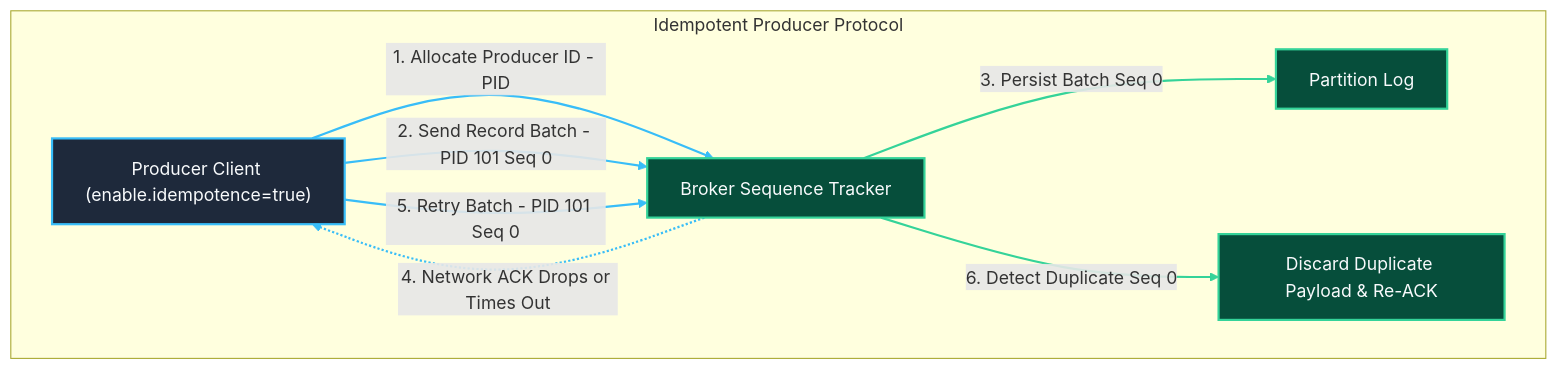
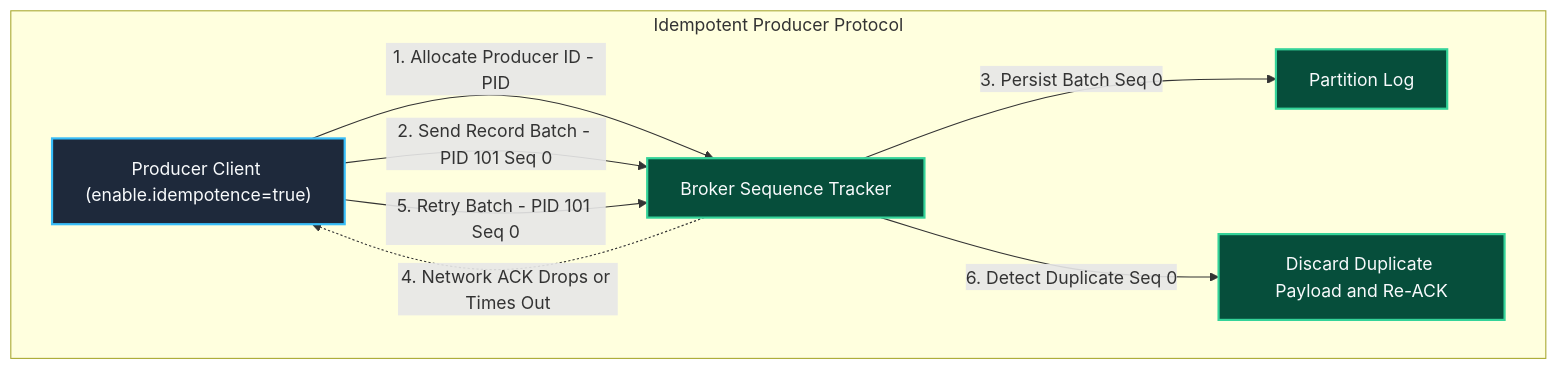
One commit to Chief-Strategist-J/llm-obs-infra changed diagram 17 of 24 in docs/configDoc/kafka-configuration-guide.md. Above: the diagram before and after it, drawn with Mermaid. The commit also changed other lines of this file, not shown here.

Commit message:
fix(kafka-docs): remove linkStyle directives and replace ampersands in Mermaid diagrams to eliminate GitHub rendering crashes

````diff
--- a/docs/configDoc/kafka-configuration-guide.md
+++ b/docs/configDoc/kafka-configuration-guide.md
@@ -1437,19 +1398,16 @@
 ```mermaid
 graph TD
     subgraph IdempotentProtocol ["Idempotent Producer Protocol"]
         P1["Producer Client (enable.idempotence=true)"] -->|"1. Allocate Producer ID - PID"| B1["Broker Sequence Tracker"]
         P1 -->|"2. Send Record Batch - PID 101 Seq 0"| B1
         B1 -->|"3. Persist Batch Seq 0"| S1["Partition Log"]
         B1 -.->|"4. Network ACK Drops or Times Out"| P1
         P1 -->|"5. Retry Batch - PID 101 Seq 0"| B1
-        B1 -->|"6. Detect Duplicate Seq 0"| D1["Discard Duplicate Payload & Re-ACK"]
+        B1 -->|"6. Detect Duplicate Seq 0"| D1["Discard Duplicate Payload and Re-ACK"]
     end
 
     style P1 fill:#1e293b,stroke:#38bdf8,stroke-width:2px,color:#f8fafc
     style B1 fill:#064e3b,stroke:#34d399,stroke-width:2px,color:#f8fafc
     style S1 fill:#064e3b,stroke:#34d399,stroke-width:2px,color:#f8fafc
     style D1 fill:#064e3b,stroke:#34d399,stroke-width:2px,color:#f8fafc
-
-    linkStyle 0,1,3,4 stroke:#38bdf8,stroke-width:2px;
-    linkStyle 2,5 stroke:#34d399,stroke-width:2px;
 ```
````
